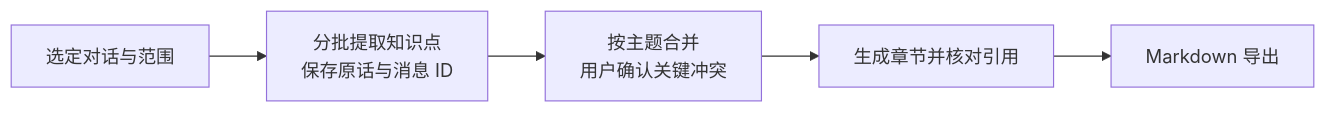
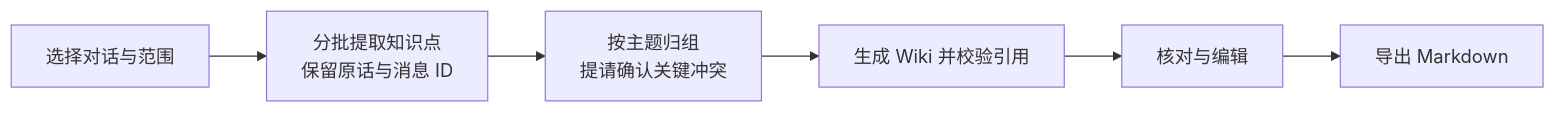
The diagram in README.md (CNZHM666/ChatAtlas), drawn with Mermaid before and after one commit. The commit also changed other lines of this file and 3 other files, not shown here.

````diff
--- a/README.md
+++ b/README.md
@@ -73,7 +83,8 @@
 ```mermaid
 flowchart LR
-  A["选定对话与范围"] --> B["分批提取知识点<br/>保存原话与消息 ID"]
-  B --> C["按主题合并<br/>用户确认关键冲突"]
-  C --> D["生成章节并核对引用"]
-  D --> E["Markdown 导出"]
+  A["选择对话与范围"] --> B["分批提取知识点<br/>保留原话与消息 ID"]
+  B --> C["按主题归组<br/>提请确认关键冲突"]
+  C --> D["生成 Wiki 并校验引用"]
+  D --> E["核对与编辑"]
+  E --> F["导出 Markdown"]
 ```
````
